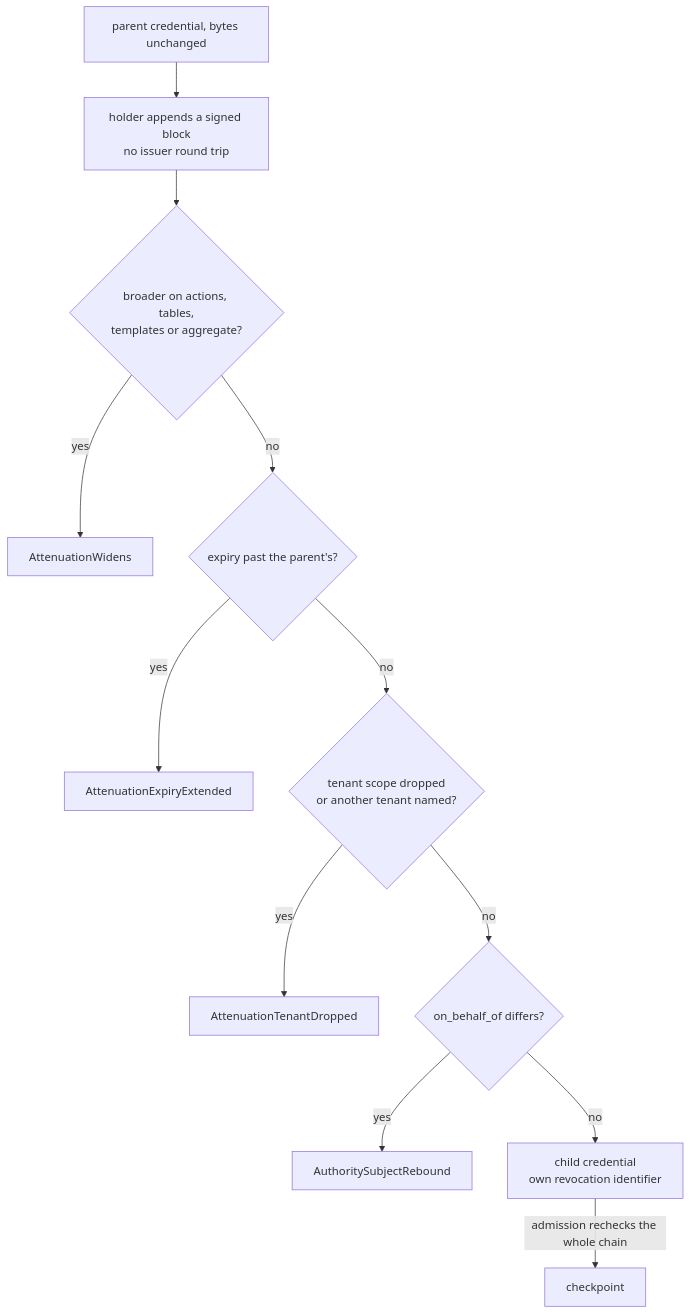
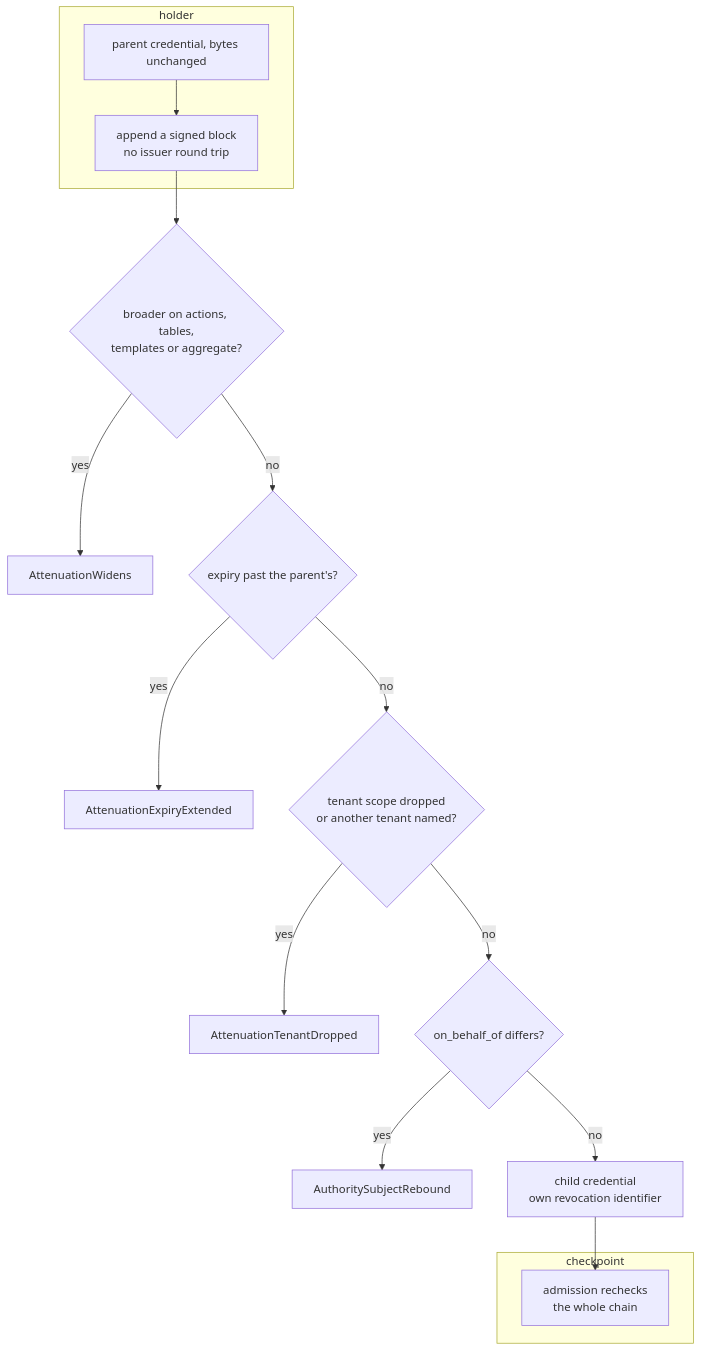
One commit to fractalboxdev/contextful changed the second of 5 diagrams in spec/50-authority.md. Above: the diagram before and after it, drawn with Mermaid. The commit also changed other lines of this file and 33 other files, not shown here.

Commit message:
spec: diagrams draw contracts, parties and trust zones as containers; a node standing for one is refused

````diff
--- a/spec/50-authority.md
+++ b/spec/50-authority.md
@@ -181,14 +211,19 @@
 ```mermaid
 flowchart TD
-  P["parent credential, bytes unchanged"] --> D["holder appends a signed block<br/>no issuer round trip"]
+  subgraph HOLD["holder"]
+    P["parent credential, bytes unchanged"] --> D["append a signed block<br/>no issuer round trip"]
+  end
   D --> W{"broader on actions, tables,<br/>templates or aggregate?"}
   W -- yes --> R1["AttenuationWidens"]
   W -- no --> X{"expiry past the parent's?"}
   X -- yes --> R2["AttenuationExpiryExtended"]
   X -- no --> T{"tenant scope dropped<br/>or another tenant named?"}
   T -- yes --> R3["AttenuationTenantDropped"]
   T -- no --> O{"on_behalf_of differs?"}
   O -- yes --> R4["AuthoritySubjectRebound"]
   O -- no --> C["child credential<br/>own revocation identifier"]
-  C -- "admission rechecks the whole chain" --> CP["checkpoint"]
+  subgraph CPZ["checkpoint"]
+    CP["admission rechecks<br/>the whole chain"]
+  end
+  C --> CP
 ```
````
